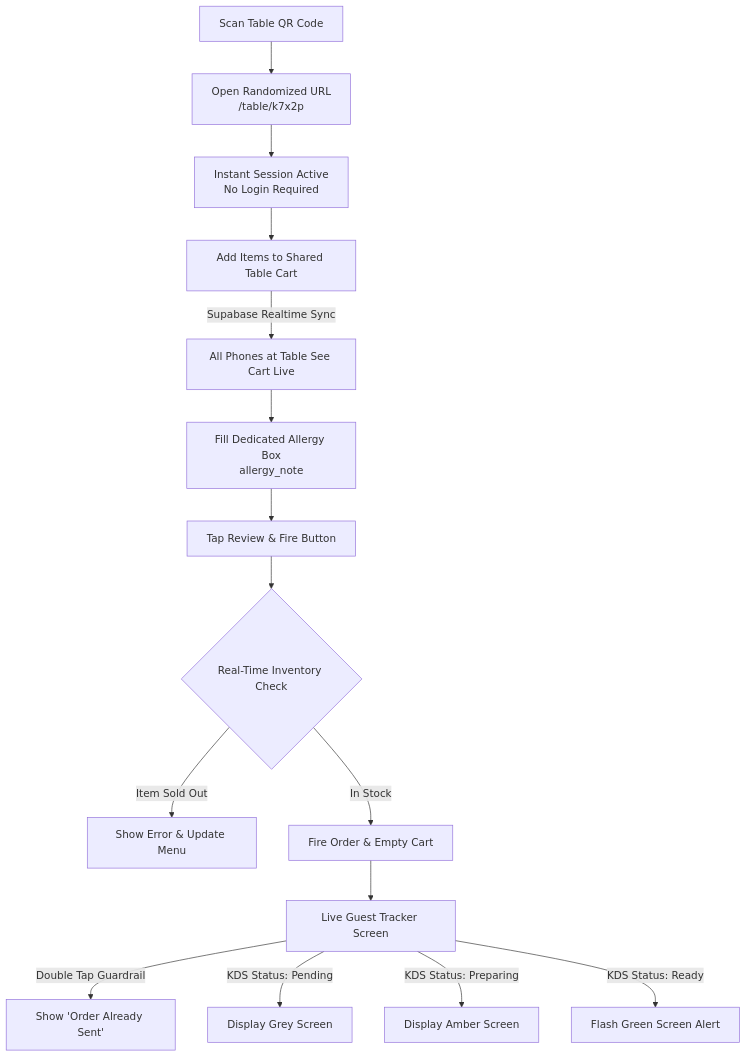
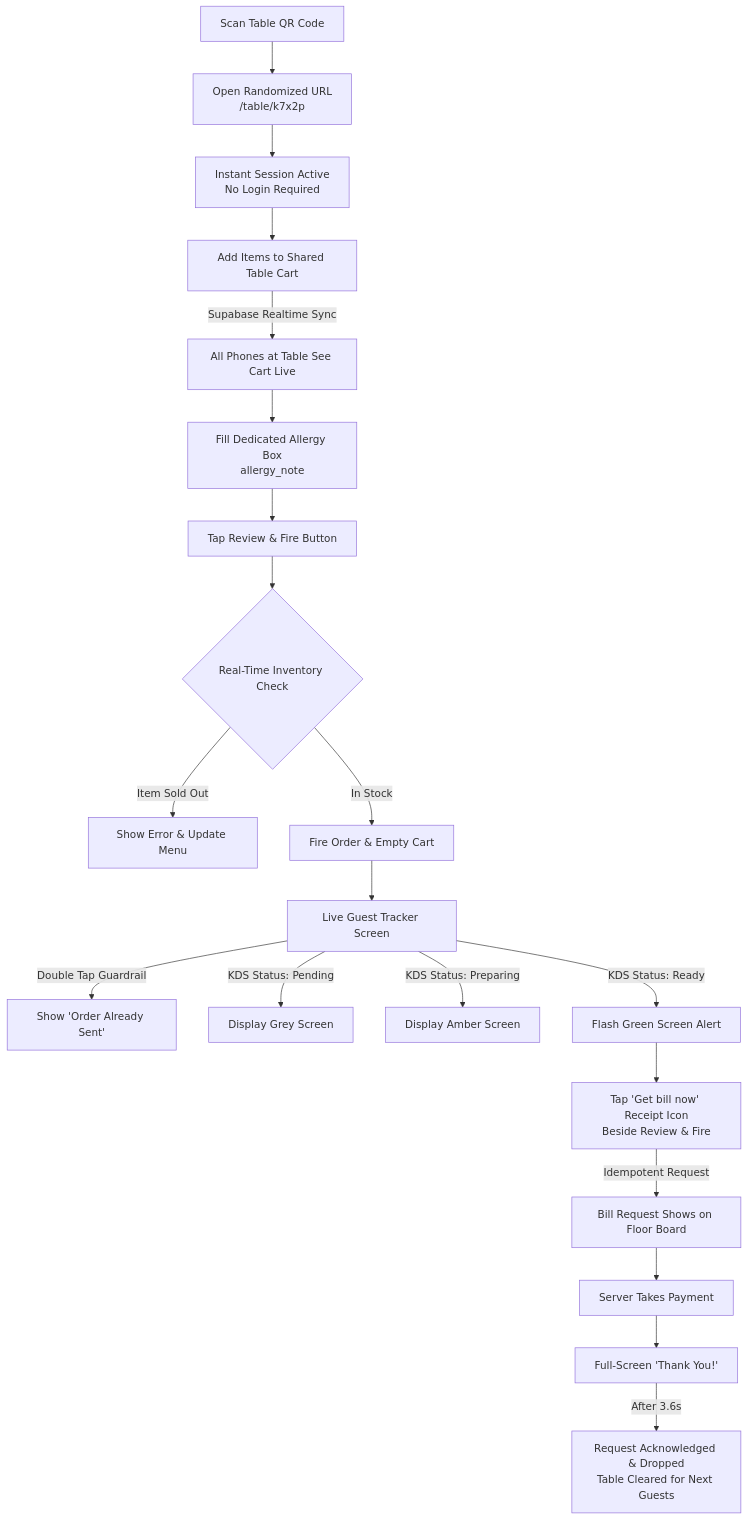
The first of 3 diagrams in docs/3-user-workflow.md (kriti-on-git/AeyChhotu), drawn with Mermaid before and after one commit. The commit also changed other lines of this file and 4 other files, not shown here.

````diff
--- a/docs/3-user-workflow.md
+++ b/docs/3-user-workflow.md
@@ -2,17 +2,22 @@
 ```mermaid
 graph TD
     A[Scan Table QR Code] --> B[Open Randomized URL<br>/table/k7x2p]
     B --> C[Instant Session Active<br>No Login Required]
     C --> D[Add Items to Shared Table Cart]
     D -->|Supabase Realtime Sync| E[All Phones at Table See Cart Live]
     E --> F[Fill Dedicated Allergy Box<br>allergy_note]
     F --> G[Tap Review & Fire Button]
     G --> H{Real-Time Inventory Check}
     H -->|Item Sold Out| I[Show Error & Update Menu]
     H -->|In Stock| J[Fire Order & Empty Cart]
     J --> K[Live Guest Tracker Screen]
     K -->|Double Tap Guardrail| L[Show 'Order Already Sent']
     K -->|KDS Status: Pending| M[Display Grey Screen]
     K -->|KDS Status: Preparing| N[Display Amber Screen]
     K -->|KDS Status: Ready| O[Flash Green Screen Alert]
+    O --> P[Tap 'Get bill now' Receipt Icon<br/>Beside Review & Fire]
+    P -->|Idempotent Request| Q[Bill Request Shows on Floor Board]
+    Q --> R[Server Takes Payment]
+    R --> S[Full-Screen 'Thank You!']
+    S -->|After 3.6s| T[Request Acknowledged & Dropped<br/>Table Cleared for Next Guests]
 ```
````
